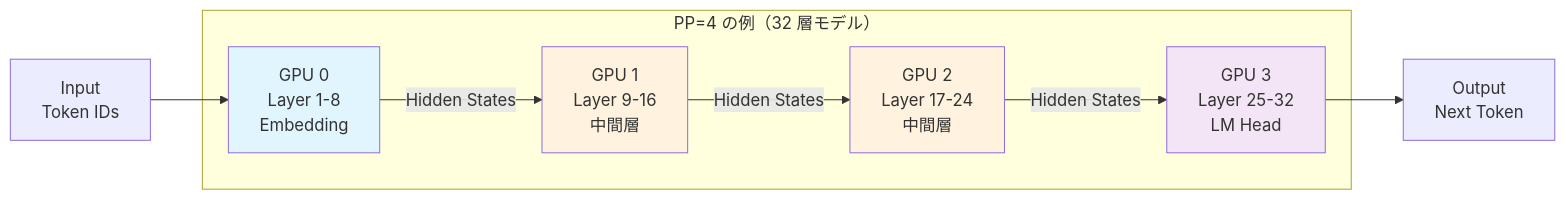
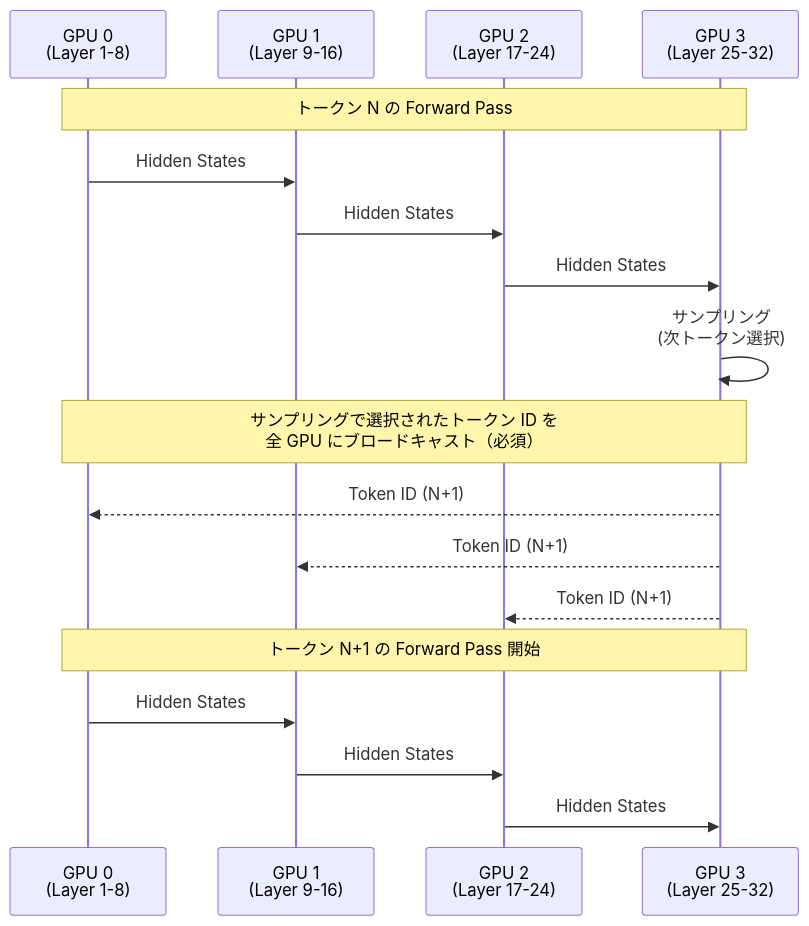
Before and after one commit to littlemex/zenn: the fourth of 11 diagrams in articles/d2ed7115cf4578.md, drawn with Mermaid. The commit also changed other lines of this file, not shown here.

````diff
--- a/articles/d2ed7115cf4578.md
+++ b/articles/d2ed7115cf4578.md
@@ -344,20 +239,23 @@
 ```mermaid
-graph LR
-    subgraph "PP=4 の例（32 層モデル）"
-        GPU0["GPU 0<br/>Layer 1-8<br/>Embedding"]
-        GPU1["GPU 1<br/>Layer 9-16<br/>中間層"]
-        GPU2["GPU 2<br/>Layer 17-24<br/>中間層"]
-        GPU3["GPU 3<br/>Layer 25-32<br/>LM Head"]
-    end
+sequenceDiagram
+    participant GPU0 as GPU 0<br/>(Layer 1-8)
+    participant GPU1 as GPU 1<br/>(Layer 9-16)
+    participant GPU2 as GPU 2<br/>(Layer 17-24)
+    participant GPU3 as GPU 3<br/>(Layer 25-32)
 
-    Input["Input<br/>Token IDs"] --> GPU0
-    GPU0 -->|Hidden States| GPU1
-    GPU1 -->|Hidden States| GPU2
-    GPU2 -->|Hidden States| GPU3
-    GPU3 --> Output["Output<br/>Next Token"]
+    Note over GPU0,GPU3: トークン N の Forward Pass
+    GPU0->>GPU1: Hidden States
+    GPU1->>GPU2: Hidden States
+    GPU2->>GPU3: Hidden States
+    GPU3->>GPU3: サンプリング<br/>(次トークン選択)
 
-    style GPU0 fill: #e1f5ff
-    style GPU1 fill: #fff3e0
-    style GPU2 fill: #fff3e0
-    style GPU3 fill: #f3e5f5
+    Note over GPU0,GPU3: サンプリングで選択されたトークン ID を<br/>全 GPU にブロードキャスト（必須）
+    GPU3-->>GPU0: Token ID (N+1)
+    GPU3-->>GPU1: Token ID (N+1)
+    GPU3-->>GPU2: Token ID (N+1)
+
+    Note over GPU0,GPU3: トークン N+1 の Forward Pass 開始
+    GPU0->>GPU1: Hidden States
+    GPU1->>GPU2: Hidden States
+    GPU2->>GPU3: Hidden States
 ```
````
